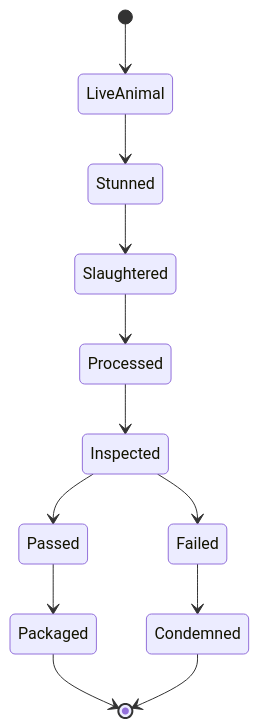
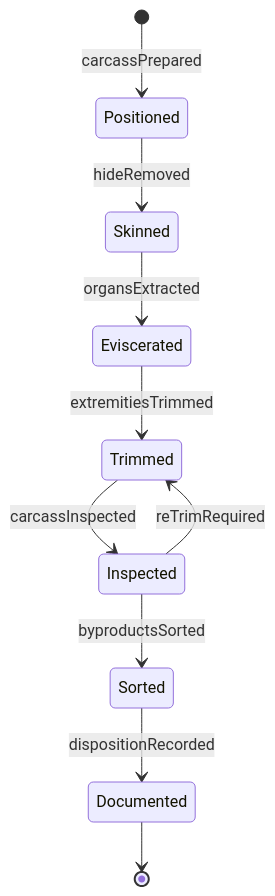
The second of 4 diagrams in HandlingAndMovingObjects/ProcessAnimalCarcasses/RemoveSkinBodyPartsAnimals.mdx (dot-org-ai/tasks.org.ai), drawn with Mermaid before and after one commit. The commit also changed other lines of this file and 515 other files, not shown here.

````diff
--- a/HandlingAndMovingObjects/ProcessAnimalCarcasses/RemoveSkinBodyPartsAnimals.mdx
+++ b/HandlingAndMovingObjects/ProcessAnimalCarcasses/RemoveSkinBodyPartsAnimals.mdx
@@ -98,14 +98,12 @@
 ```mermaid
 stateDiagram-v2
-    [*] --> LiveAnimal
-    LiveAnimal --> Stunned
-    Stunned --> Slaughtered
-    Slaughtered --> Processed
-    Processed --> Inspected
-    Inspected --> Failed
-    Failed --> Condemned
-    Inspected --> Passed
-    Passed --> Packaged
-    Packaged --> [*]
-    Condemned --> [*]
+    [*] --> Positioned : carcassPrepared
+    Positioned --> Skinned : hideRemoved
+    Skinned --> Eviscerated : organsExtracted
+    Eviscerated --> Trimmed : extremitiesTrimmed
+    Trimmed --> Inspected : carcassInspected
+    Inspected --> Sorted : byproductsSorted
+    Sorted --> Documented : dispositionRecorded
+    Inspected --> Trimmed : reTrimRequired
+    Documented --> [*]
 ```
````
